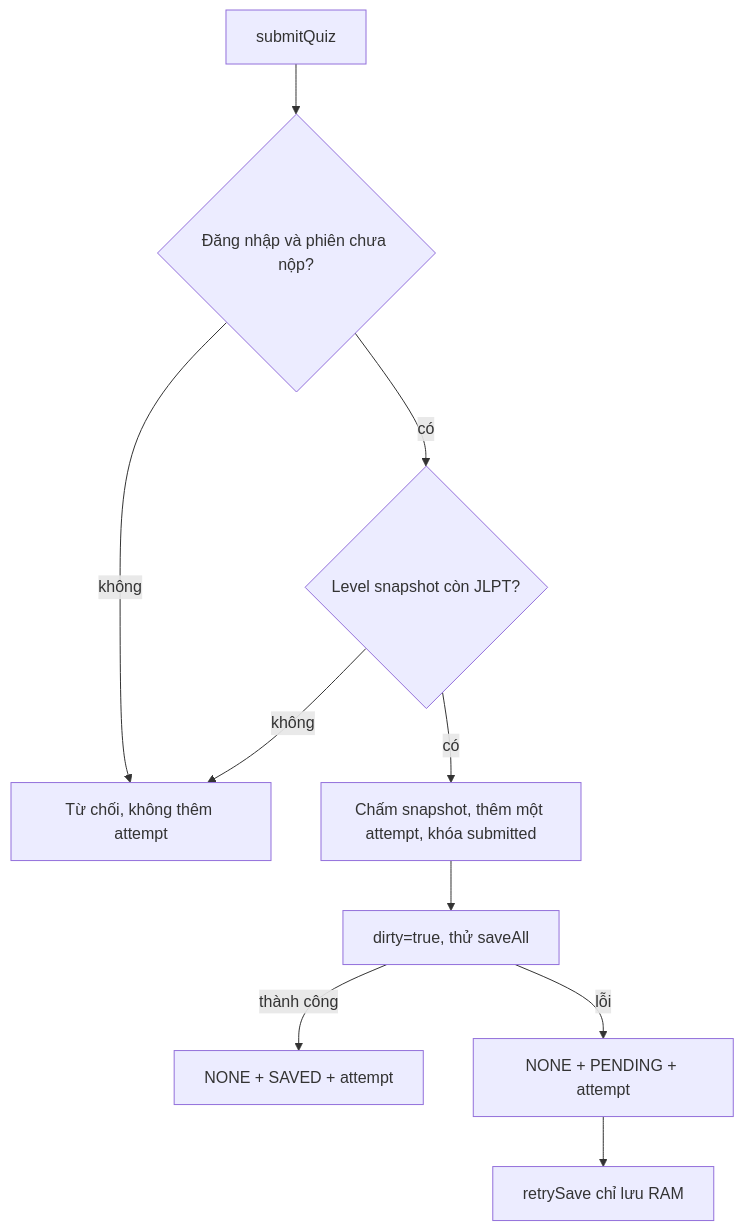
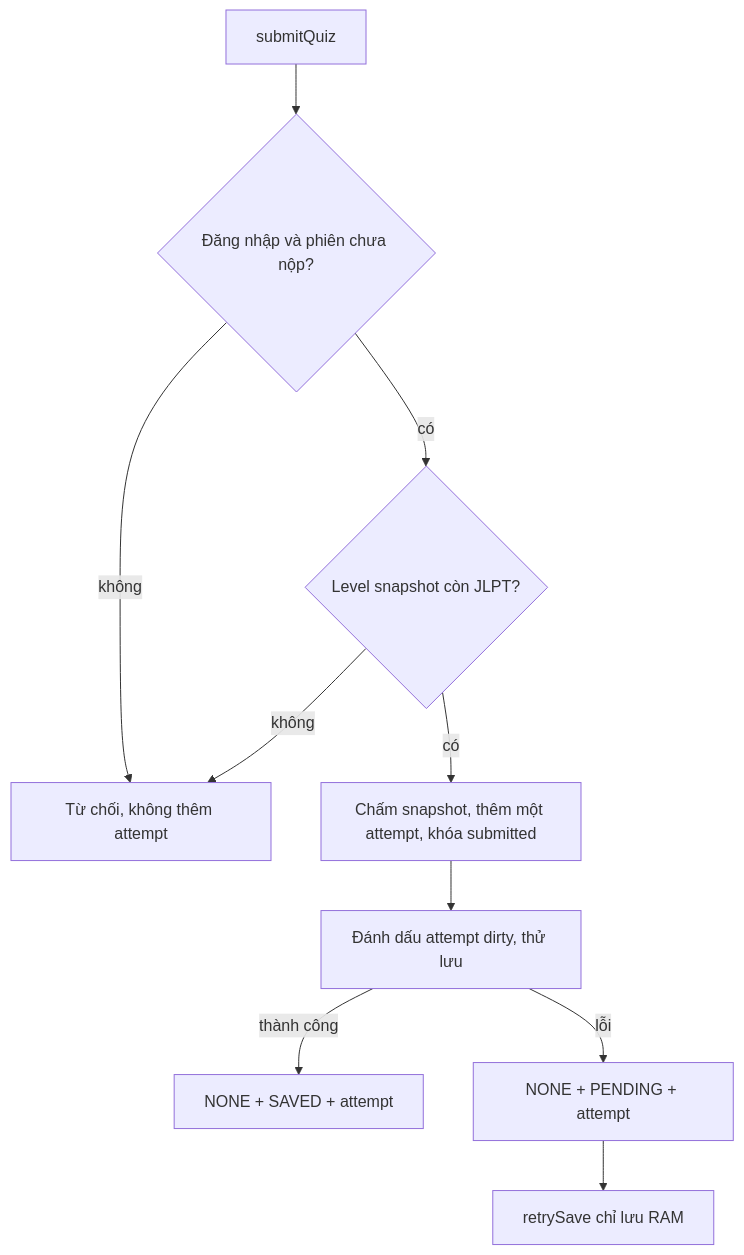
One commit to Mina191207/PBL2_JPN changed the third of 3 diagrams in docs/backend_architecture.md. Above: the diagram before and after it, drawn with Mermaid. The commit also changed other lines of this file and 172 other files, not shown here.

````diff
--- a/docs/backend_architecture.md
+++ b/docs/backend_architecture.md
@@ -92,12 +96,12 @@
 ```mermaid
 flowchart TD
     A[submitQuiz] --> B{Đăng nhập và phiên chưa nộp?}
     B -->|không| R[Từ chối, không thêm attempt]
     B -->|có| C{Level snapshot còn JLPT?}
     C -->|không| R
     C -->|có| D[Chấm snapshot, thêm một attempt, khóa submitted]
-    D --> E[dirty=true, thử saveAll]
+    D --> E[Đánh dấu attempt dirty, thử lưu]
     E -->|thành công| F[NONE + SAVED + attempt]
     E -->|lỗi| G[NONE + PENDING + attempt]
     G --> H[retrySave chỉ lưu RAM]
 ```
````
